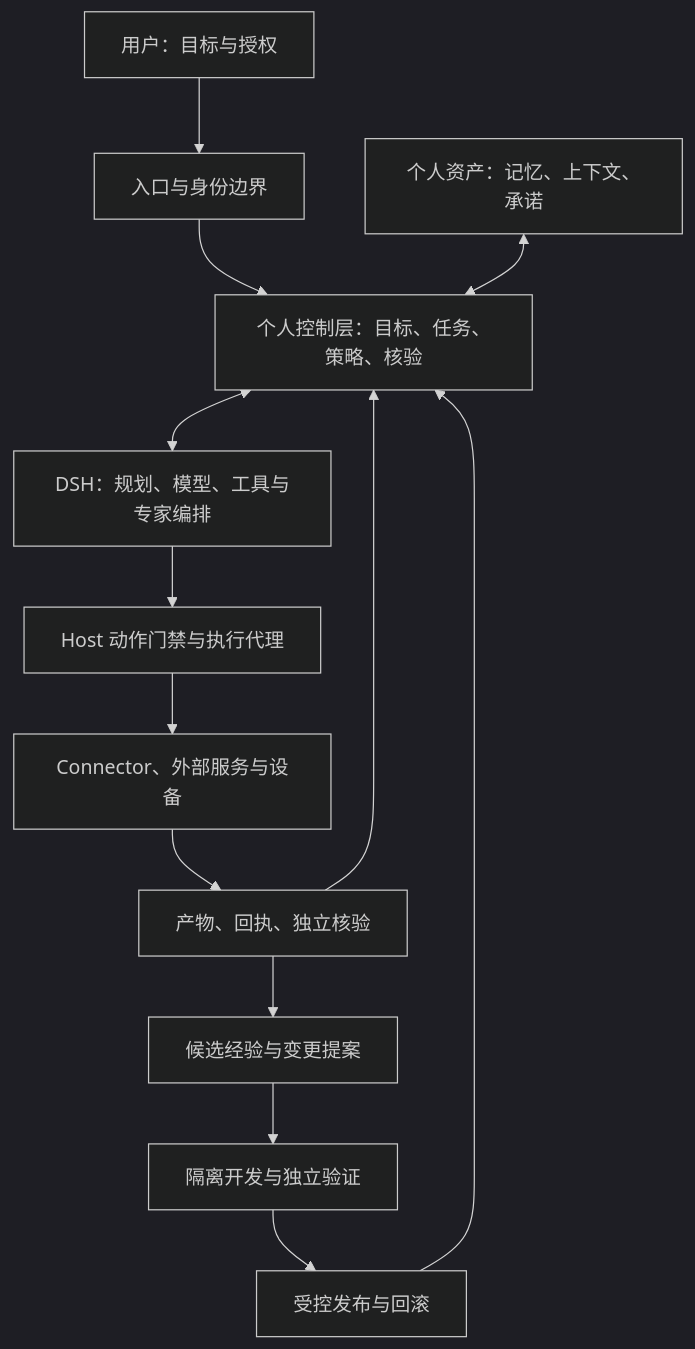
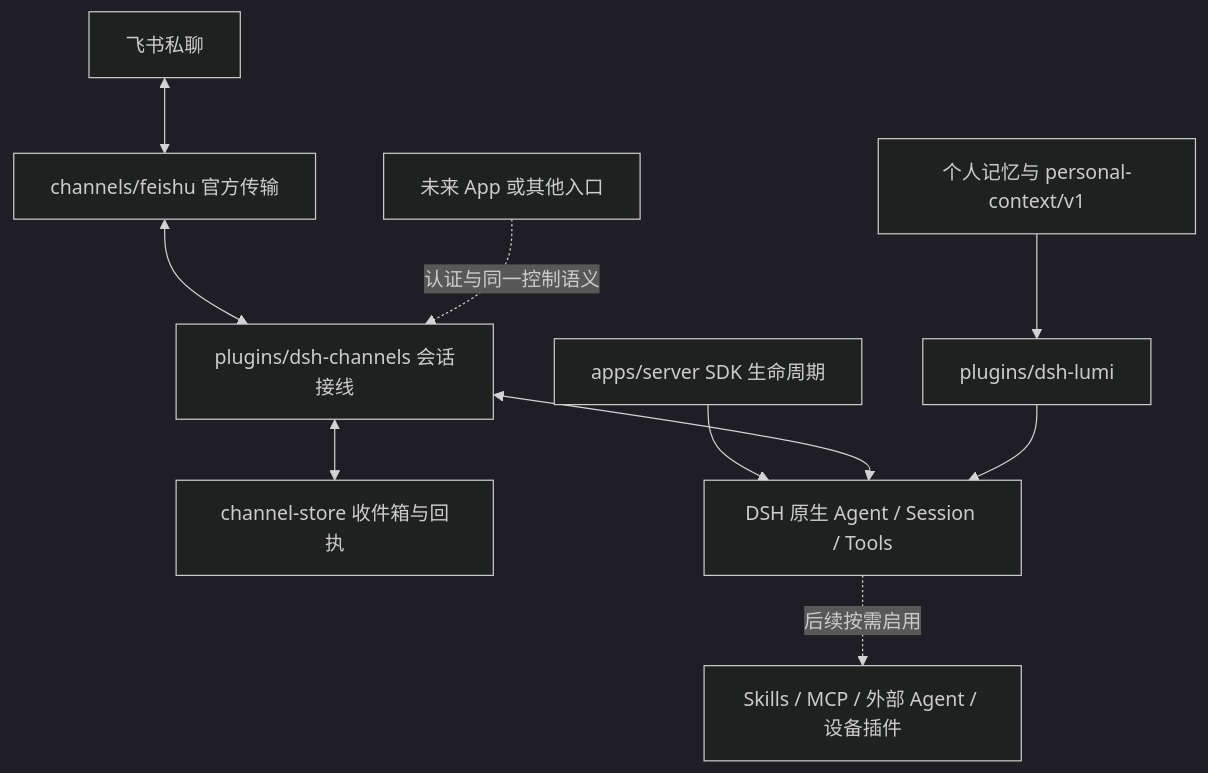
One commit to lapixiaoxin/personal-assistant changed the diagram in docs/design/02-architecture.md. Above: the diagram before and after it, drawn with Mermaid (dark theme). The commit also changed other lines of this file and 66 other files, not shown here.

Commit message:
feat(0016): establish DSH server foundation and Feishu channel

````diff
--- a/docs/design/02-architecture.md
+++ b/docs/design/02-architecture.md
@@ -15,15 +9,12 @@
 ```mermaid
 flowchart TB
-  U[用户：目标与授权] --> G[入口与身份边界]
-  G --> C[个人控制层：目标、任务、策略、核验]
-  P[个人资产：记忆、上下文、承诺] <--> C
-  C <--> D[DSH：规划、模型、工具与专家编排]
-  D --> B[Host 动作门禁与执行代理]
-  B --> X[Connector、外部服务与设备]
-  X --> V[产物、回执、独立核验]
-  V --> C
-  V --> E[候选经验与变更提案]
-  E --> F[隔离开发与独立验证]
-  F --> R[受控发布与回滚]
-  R --> C
+  F[飞书私聊] <--> C[channels/feishu 官方传输]
+  C <--> P[plugins/dsh-channels 会话接线]
+  P <--> Q[channel-store 收件箱与回执]
+  S[apps/server SDK 生命周期] --> D[DSH 原生 Agent / Session / Tools]
+  P <--> D
+  M[个人记忆与 personal-context/v1] --> L[plugins/dsh-lumi]
+  L --> D
+  D -. 后续按需启用 .-> X[Skills / MCP / 外部 Agent / 设备插件]
+  A[未来 App 或其他入口] -. 认证与同一控制语义 .-> P
 ```
````
